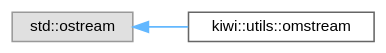
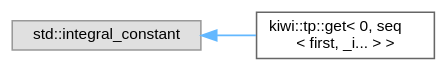
The diagram in inherit_graph_143.dot (bab2min/Kiwi), drawn with Graphviz before and after one commit. The commit also changed 159 other files, not shown here.

```diff
--- a/inherit_graph_143.dot
+++ b/inherit_graph_143.dot
@@ -1,11 +1,11 @@
 digraph "Graphical Class Hierarchy"
 {
  // LATEX_PDF_SIZE
   bgcolor="transparent";
   edge [fontname=Helvetica,fontsize=10,labelfontname=Helvetica,labelfontsize=10];
   node [fontname=Helvetica,fontsize=10,shape=box,height=0.2,width=0.4];
   rankdir="LR";
-  Node0 [id="Node000000",label="std::ostream",height=0.2,width=0.4,color="grey60", fillcolor="#E0E0E0", style="filled",tooltip=" "];
-  Node0 -> Node1 [id="edge23_Node000000_Node000001",dir="back",color="steelblue1",style="solid",tooltip=" "];
-  Node1 [id="Node000001",label="kiwi::utils::omstream",height=0.2,width=0.4,color="grey40", fillcolor="white", style="filled",URL="$classkiwi_1_1utils_1_1omstream.html",tooltip=" "];
+  Node0 [id="Node000000",label="std::integral_constant",height=0.2,width=0.4,color="grey60", fillcolor="#E0E0E0", style="filled",tooltip=" "];
+  Node0 -> Node1 [id="edge20_Node000000_Node000001",dir="back",color="steelblue1",style="solid",tooltip=" "];
+  Node1 [id="Node000001",label="kiwi::tp::get\< 0, seq\l\< first, _i... \> \>",height=0.2,width=0.4,color="grey40", fillcolor="white", style="filled",URL="$structkiwi_1_1tp_1_1get_3_010_00_01seq_3_01first_00_01__i_8_8_8_01_4_01_4.html",tooltip=" "];
 }
```
